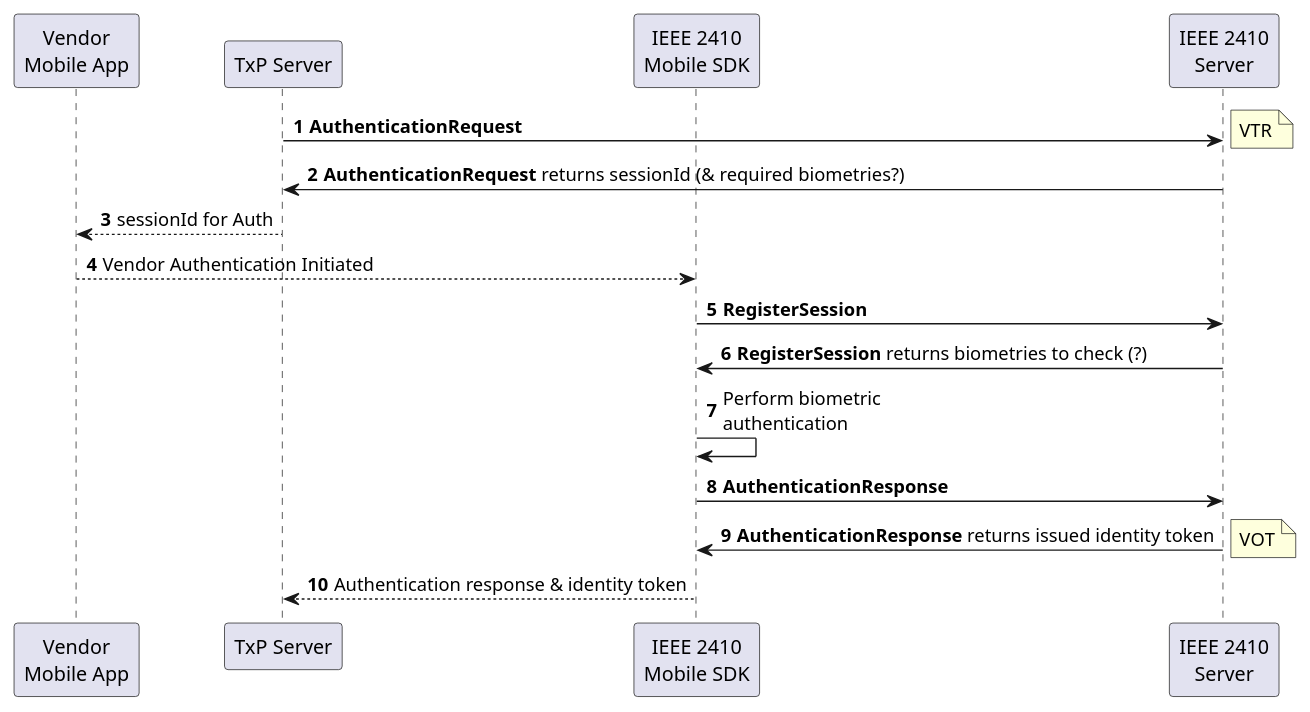
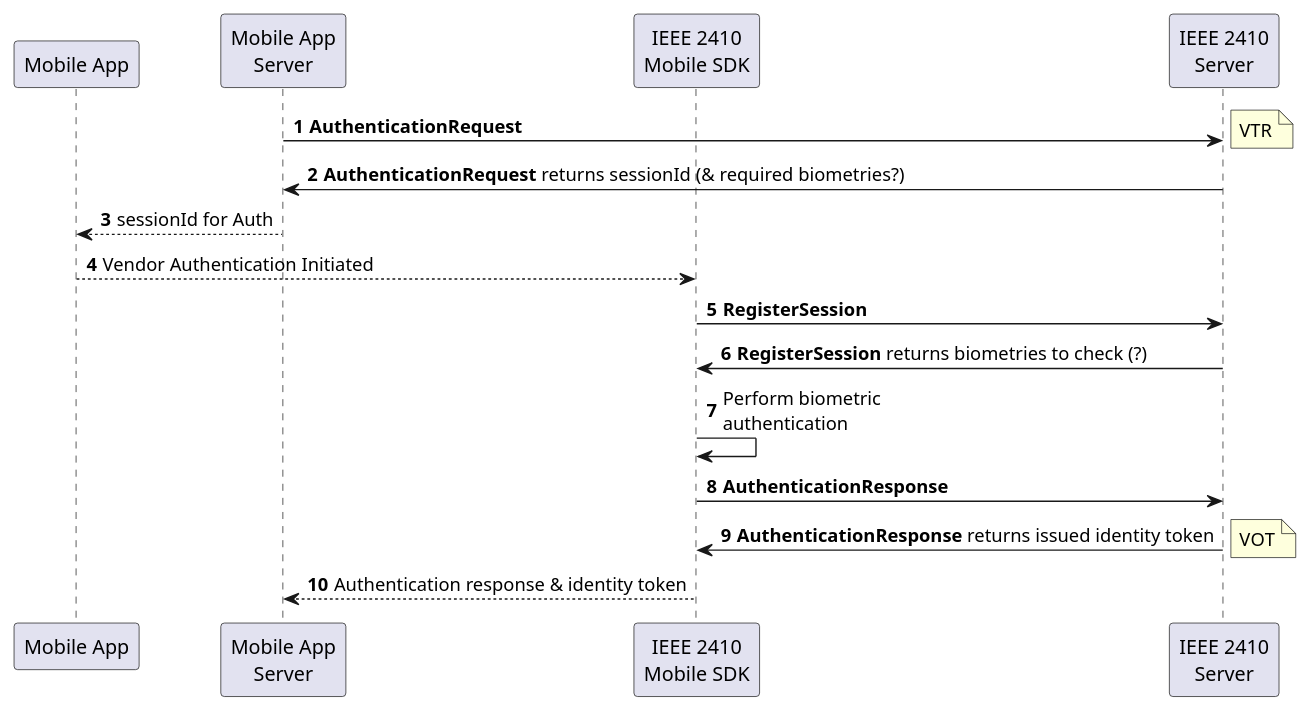
The diagram in ieee2410nominal.plantuml (p1940/p1940), drawn with PlantUML before and after one commit.

Commit message:
Update ieee2410nominal per Scott Green's Request

```diff
--- a/ieee2410nominal.plantuml
+++ b/ieee2410nominal.plantuml
@@ -1,20 +1,20 @@
 @startuml
 autonumber
-participant "Vendor\nMobile App" as MobileApp
-participant "TxP Server" as TxP
+participant "Mobile App" as MobileApp
+participant "Mobile App\nServer" as MobileSrv
 participant "IEEE 2410\nMobile SDK" as SDK
 participant "IEEE 2410\nServer" as Server
 
-TxP -> Server : **AuthenticationRequest**
+MobileSrv -> Server : **AuthenticationRequest**
 note right : VTR
-Server -> TxP : **AuthenticationRequest** returns sessionId (& required biometries?)
-TxP --> MobileApp : sessionId for Auth
+Server -> MobileSrv : **AuthenticationRequest** returns sessionId (& required biometries?)
+MobileSrv  --> MobileApp : sessionId for Auth
 MobileApp --> SDK : Vendor Authentication Initiated
 SDK -> Server : **RegisterSession**
 Server -> SDK : **RegisterSession** returns biometries to check (?)
 SDK -> SDK : Perform biometric\nauthentication
 SDK -> Server : **AuthenticationResponse**
 Server -> SDK : **AuthenticationResponse** returns issued identity token
 note right : VOT
-SDK --> TxP : Authentication response & identity token
+SDK --> MobileSrv : Authentication response & identity token
 @enduml
```
